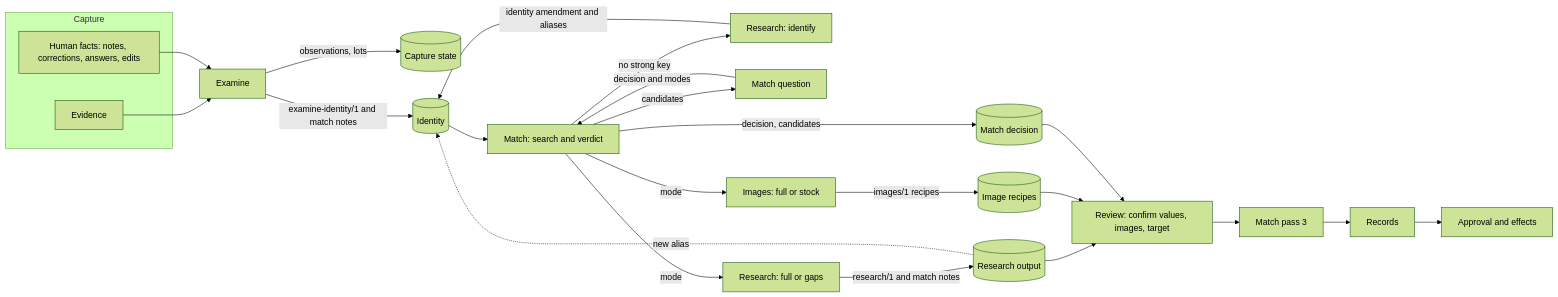
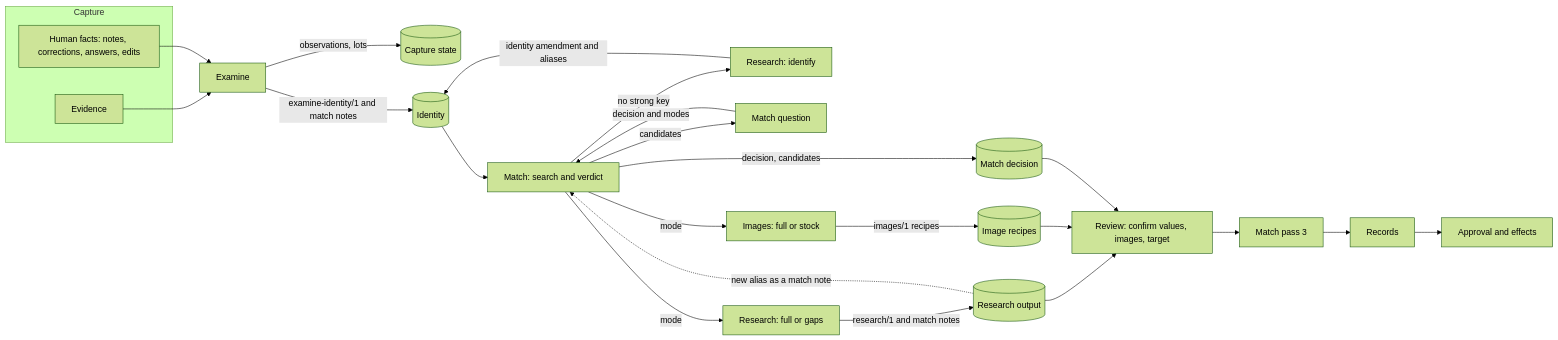
Before and after one commit to MitchReyno/InvenTree-Importer: the fourth of 4 diagrams in docs/agent-sessions.md, drawn with Mermaid (forest theme). The commit also changed other lines of this file and 5 other files, not shown here.

First line of the commit message:
docs(agent-stage-inputs-outputs): give the synthetic Images publisher to PR-E2, share the synthetic route between API and worker, scope caps and packs to /7 and route alias notes to Match

````diff
--- a/docs/agent-sessions.md
+++ b/docs/agent-sessions.md
@@ -462,28 +463,28 @@
 ```mermaid
 flowchart LR
   subgraph Capture
     EV["Evidence"]
     HUM["Human facts: notes, corrections, answers, edits"]
   end
   EV --> EX["Examine"]
   HUM --> EX
   EX -->|"observations, lots"| CAP[("Capture state")]
   EX -->|"examine-identity/1 and match notes"| ID[("Identity")]
   ID --> M["Match: search and verdict"]
   M -->|"no strong key"| RSI["Research: identify"]
   RSI -->|"identity amendment and aliases"| ID
   M -->|"candidates"| MQ["Match question"]
   MQ -->|"decision and modes"| M
   M -->|"mode"| RS["Research: full or gaps"]
   M -->|"mode"| IM["Images: full or stock"]
   RS -->|"research/1 and match notes"| RO[("Research output")]
-  RO -.->|"new alias"| ID
+  RO -.->|"new alias as a match note"| M
   IM -->|"images/1 recipes"| IO[("Image recipes")]
   M -->|"decision, candidates"| MD[("Match decision")]
   RO --> REV["Review: confirm values, images, target"]
   IO --> REV
   MD --> REV
   REV --> VAL["Match pass 3"]
   VAL --> REC["Records"]
   REC --> APP["Approval and effects"]
 ```
````
